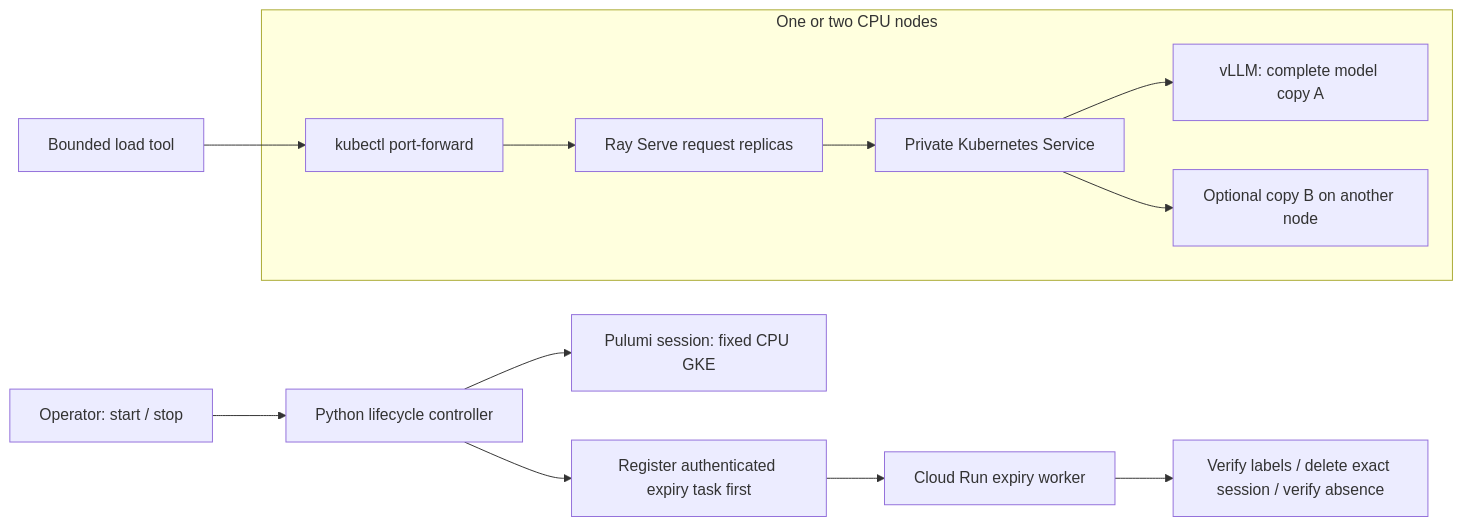
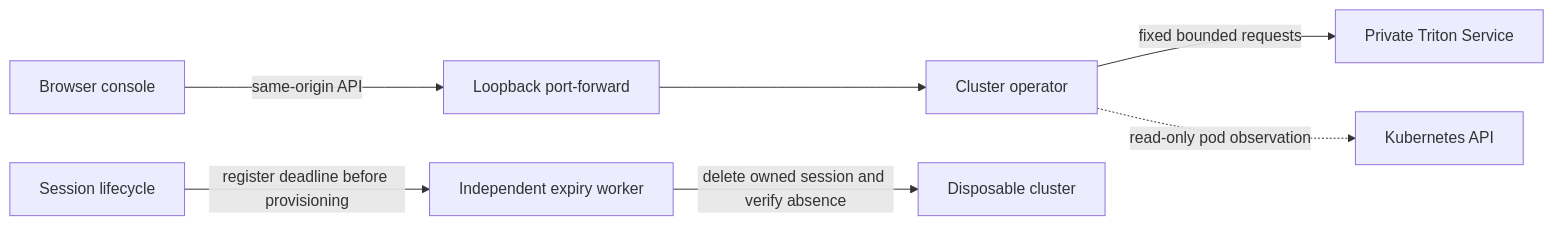
Before and after one commit to ANISHG-26/gpu-inference-scheduling-lab: the diagram in README.md, drawn with Mermaid. The commit also changed other lines of this file and 14 other files, not shown here.

````diff
--- a/README.md
+++ b/README.md
@@ -30,15 +29,9 @@
 ```mermaid
 flowchart LR
-  Operator[Operator: start / stop] --> Lifecycle[Python lifecycle controller]
-  Lifecycle --> Task[Register authenticated expiry task first]
-  Task --> Expiry[Cloud Run expiry worker]
-  Lifecycle --> Pulumi[Pulumi session: fixed CPU GKE]
-  Expiry --> Delete[Verify labels / delete exact session / verify absence]
-  Client[Bounded load tool] --> Access[kubectl port-forward]
-  subgraph GKE[One or two CPU nodes]
-    Access --> Ray[Ray Serve request replicas]
-    Ray --> Service[Private Kubernetes Service]
-    Service --> ModelA[vLLM: complete model copy A]
-    Service --> ModelB[Optional copy B on another node]
-  end
+  Browser[Browser console] -->|same-origin API| Local[Loopback port-forward]
+  Local --> Operator[Cluster operator]
+  Operator -->|fixed bounded requests| Triton[Private Triton Service]
+  Operator -.->|read-only pod observation| KubeAPI[Kubernetes API]
+  Lifecycle[Session lifecycle] -->|register deadline before provisioning| Expiry[Independent expiry worker]
+  Expiry -->|delete owned session and verify absence| Cluster[Disposable cluster]
 ```
````
